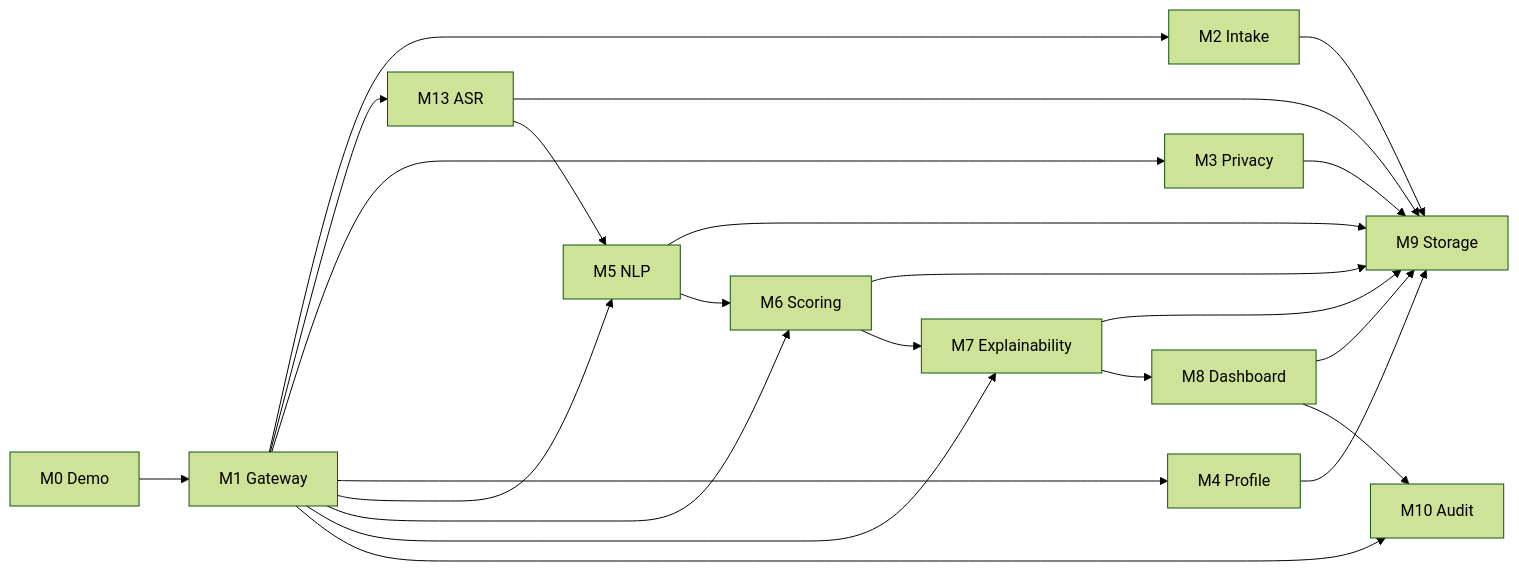
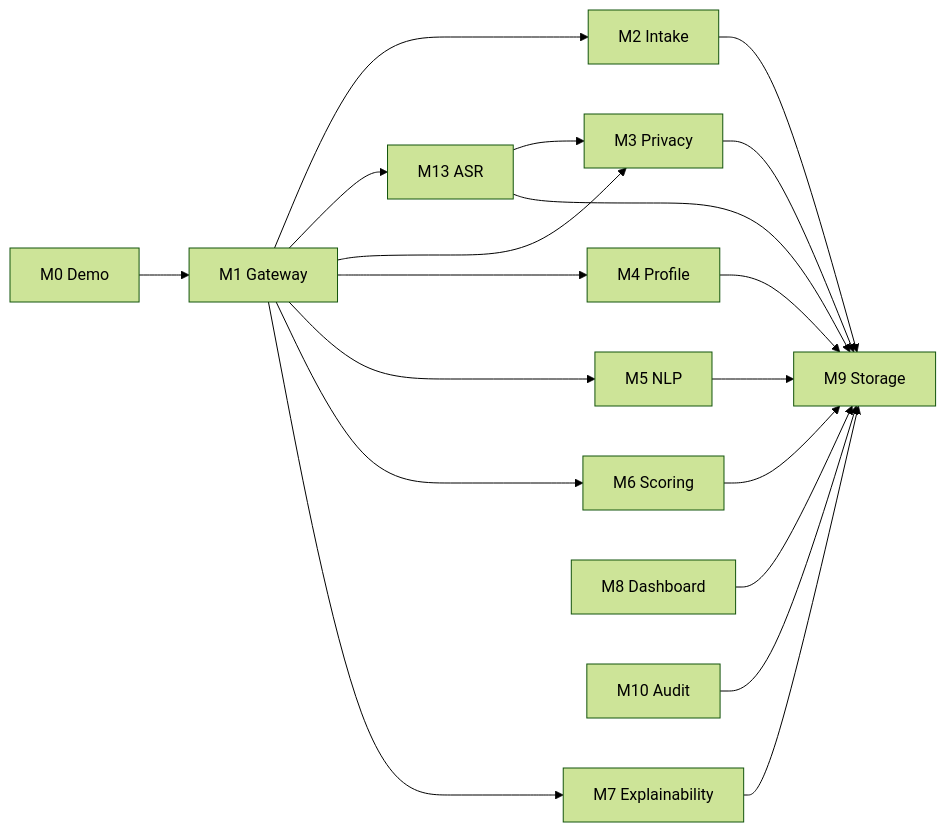
Before and after one commit to alenisaw/invision_u_Vi-Ka: the diagram in docs/eng/MODULES.md, drawn with Mermaid (forest theme). The commit also changed other lines of this file and 68 other files, not shown here.

````diff
--- a/docs/eng/MODULES.md
+++ b/docs/eng/MODULES.md
@@ -32,38 +32,34 @@
 ```mermaid
 flowchart LR
     M0["M0 Demo"]
     M1["M1 Gateway"]
     M2["M2 Intake"]
     M13["M13 ASR"]
     M3["M3 Privacy"]
     M4["M4 Profile"]
     M5["M5 NLP"]
     M6["M6 Scoring"]
     M7["M7 Explainability"]
     M8["M8 Dashboard"]
     M9["M9 Storage"]
     M10["M10 Audit"]
 
     M0 --> M1
     M1 --> M2
     M1 --> M13
     M1 --> M3
     M1 --> M4
     M1 --> M5
     M1 --> M6
     M1 --> M7
-    M1 --> M10
     M2 --> M9
     M3 --> M9
     M4 --> M9
     M5 --> M9
     M6 --> M9
     M7 --> M9
     M8 --> M9
+    M10 --> M9
+    M13 --> M3
     M13 --> M9
-    M13 --> M5
-    M5 --> M6
-    M6 --> M7
-    M7 --> M8
-    M8 --> M10
 ```
````
